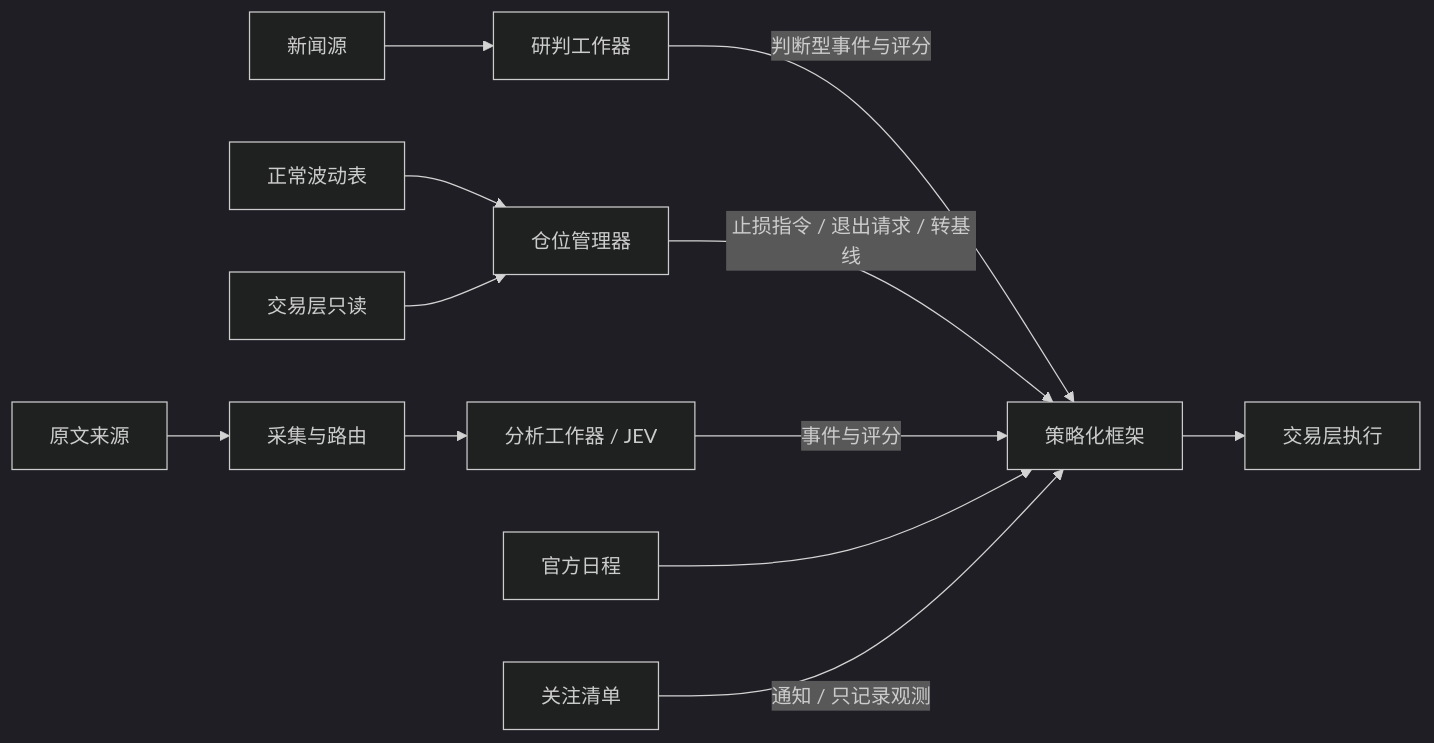
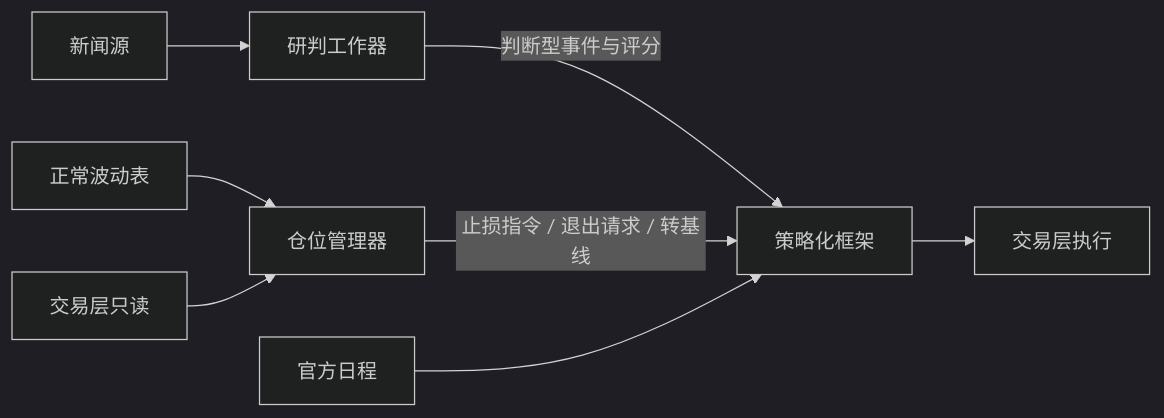
The diagram in doc/03_SOXLUSDT应用实例式样书.md (AceNanako0721/Factorforge), drawn with Mermaid (dark theme) before and after one commit. The commit also changed other lines of this file and 428 other files, not shown here.

````diff
--- a/doc/03_SOXLUSDT应用实例式样书.md
+++ b/doc/03_SOXLUSDT应用实例式样书.md
@@ -29,14 +21,10 @@
 ```mermaid
 flowchart LR
   N[新闻源] --> JW[研判工作器]
   JW -->|判断型事件与评分| P2[策略化框架]
   PM[仓位管理器] -->|止损指令 / 退出请求 / 转基线| P2
   NT[正常波动表] --> PM
   P1[交易层只读] --> PM
-  SRC[原文来源] --> IN[采集与路由]
-  IN --> AW[分析工作器 / JEV]
-  AW -->|事件与评分| P2
   CAL[官方日程] --> P2
-  WL[关注清单] -->|通知 / 只记录观测| P2
   P2 --> P1x[交易层执行]
 ```
````
